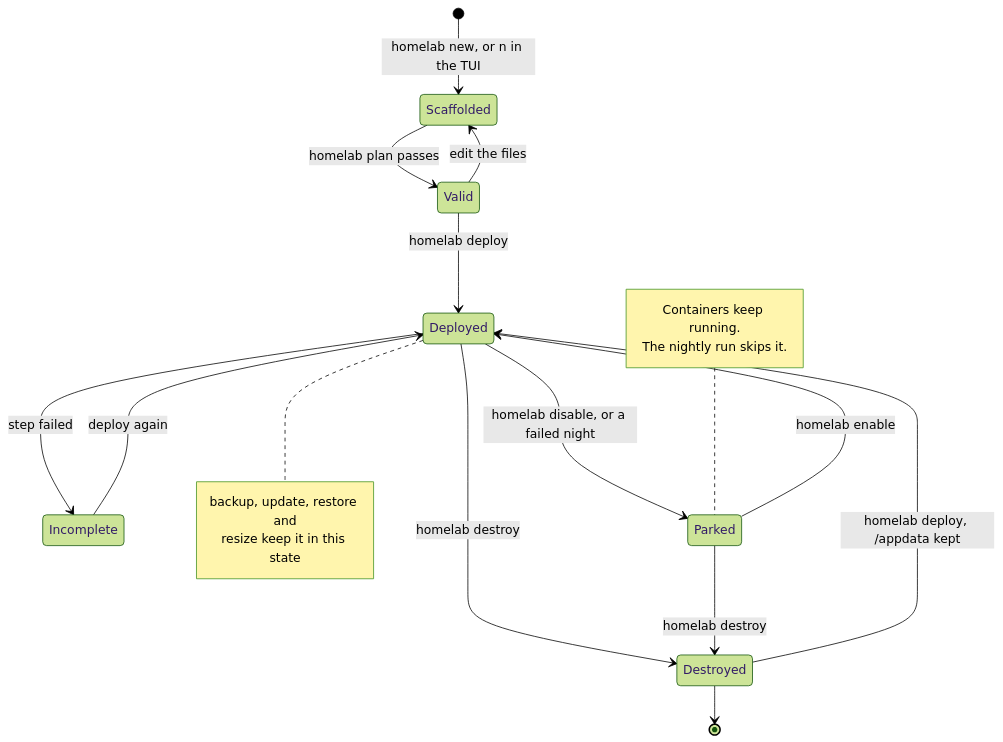
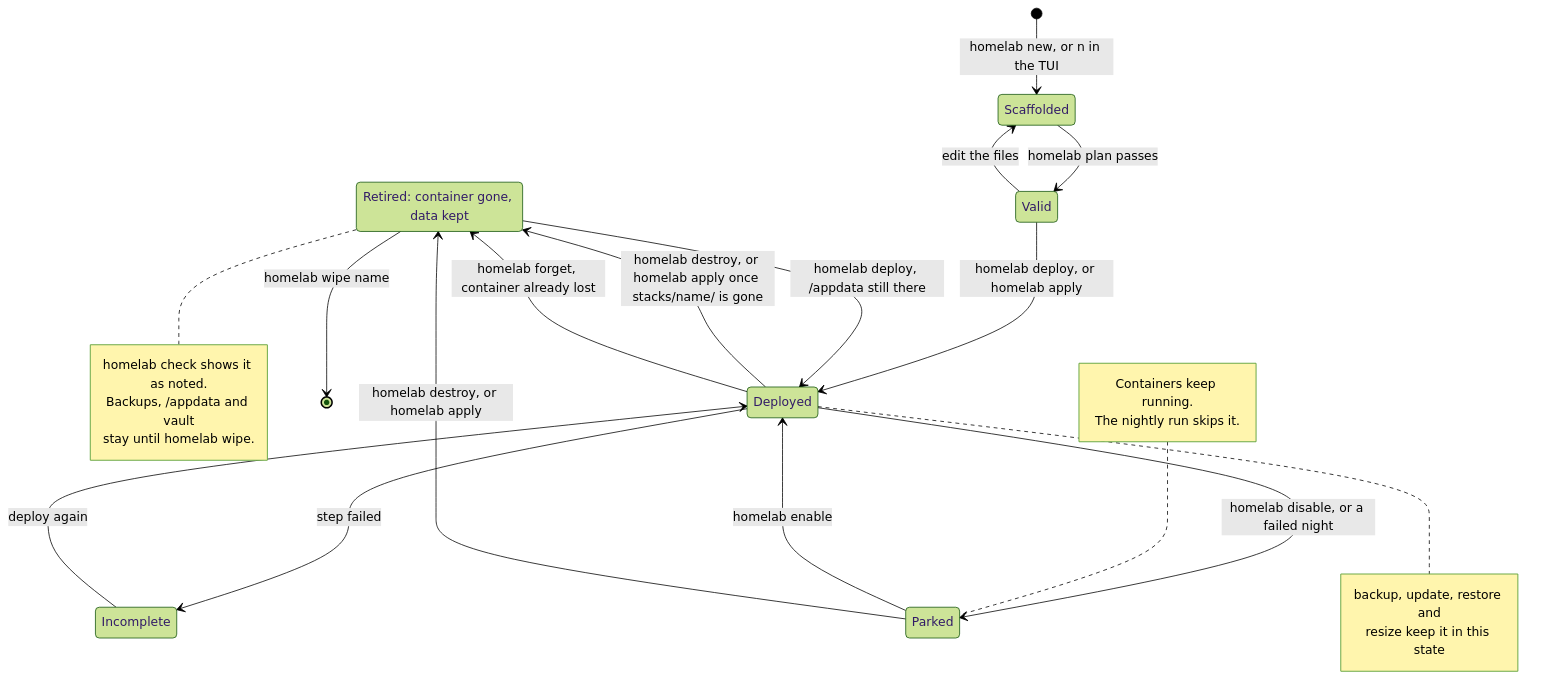
Before and after one commit to kennypassenier/homelab: the fifth of 7 diagrams in docs/USER_GUIDE.md, drawn with Mermaid (forest theme). The commit also changed other lines of this file and 10 other files, not shown here.

````diff
--- a/docs/USER_GUIDE.md
+++ b/docs/USER_GUIDE.md
@@ -700,23 +701,30 @@
 ```mermaid
 stateDiagram-v2
+    state "Retired: container gone, data kept" as Retired
     [*] --> Scaffolded: homelab new, or n in the TUI
     Scaffolded --> Valid: homelab plan passes
     Valid --> Scaffolded: edit the files
-    Valid --> Deployed: homelab deploy
+    Valid --> Deployed: homelab deploy, or homelab apply
     Deployed --> Incomplete: step failed
     Incomplete --> Deployed: deploy again
     Deployed --> Parked: homelab disable, or a failed night
     Parked --> Deployed: homelab enable
-    Deployed --> Destroyed: homelab destroy
-    Parked --> Destroyed: homelab destroy
-    Destroyed --> Deployed: homelab deploy, /appdata kept
-    Destroyed --> [*]
+    Deployed --> Retired: homelab destroy, or homelab apply once stacks/name/ is gone
+    Parked --> Retired: homelab destroy, or homelab apply
+    Deployed --> Retired: homelab forget, container already lost
+    Retired --> Deployed: homelab deploy, /appdata still there
+    Retired --> [*]: homelab wipe name
     note right of Deployed
         backup, update, restore and
         resize keep it in this state
     end note
     note left of Parked
         Containers keep running.
         The nightly run skips it.
     end note
+    note right of Retired
+        homelab check shows it as noted.
+        Backups, /appdata and vault
+        stay until homelab wipe.
+    end note
 ```
````
